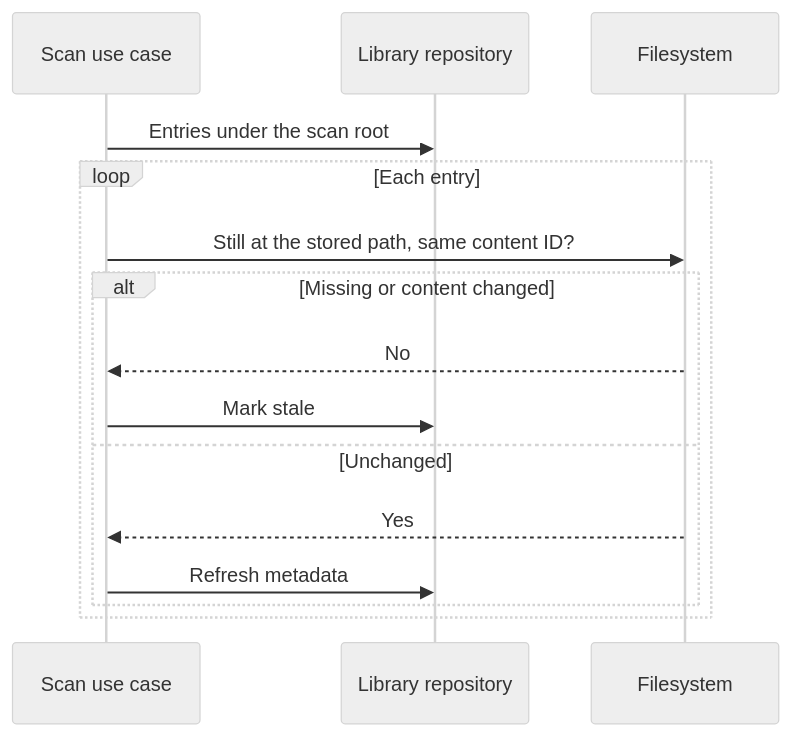
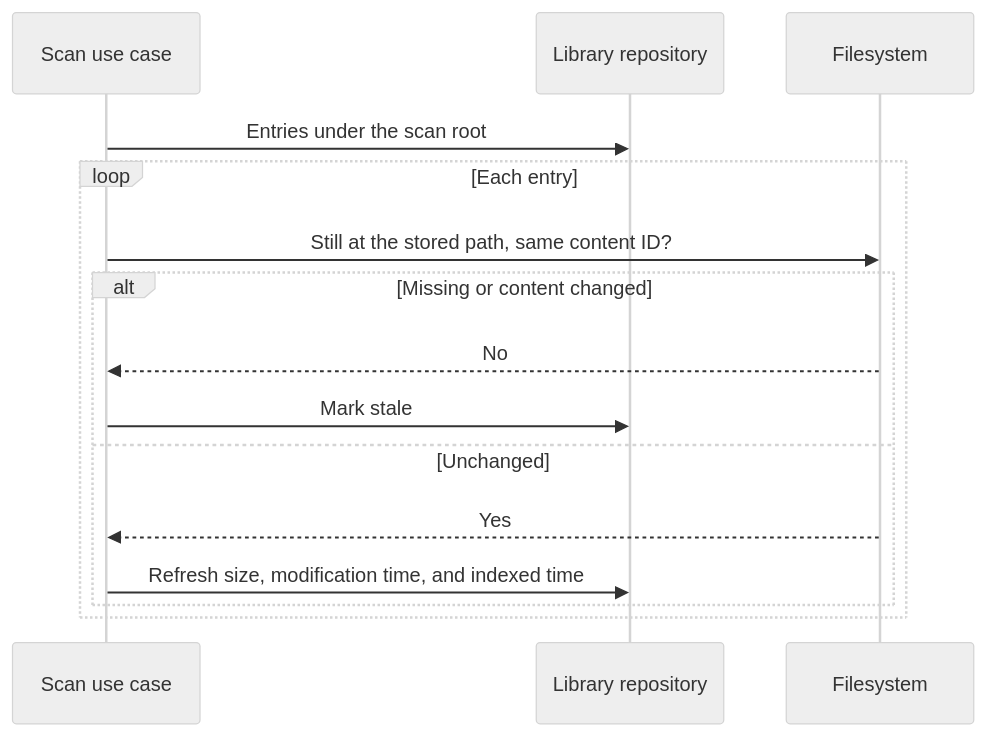
One commit to cionz0/hdsort changed the seventh of 8 diagrams in docs/use-cases.md. Above: the diagram before and after it, drawn with Mermaid (neutral theme). The commit also changed other lines of this file and 16 other files, not shown here.

Commit message:
Record survivors in a WAL SQLite library so a later scan can reconcile them and rank the keeper.

````diff
--- a/docs/use-cases.md
+++ b/docs/use-cases.md
@@ -152,17 +152,17 @@
 ```mermaid
 sequenceDiagram
   participant Scan as Scan use case
   participant Library as Library repository
   participant Disk as Filesystem
   Scan->>Library: Entries under the scan root
   loop Each entry
     Scan->>Disk: Still at the stored path, same content ID?
     alt Missing or content changed
       Disk-->>Scan: No
       Scan->>Library: Mark stale
     else Unchanged
       Disk-->>Scan: Yes
-      Scan->>Library: Refresh metadata
+      Scan->>Library: Refresh size, modification time, and indexed time
     end
   end
 ```
````
